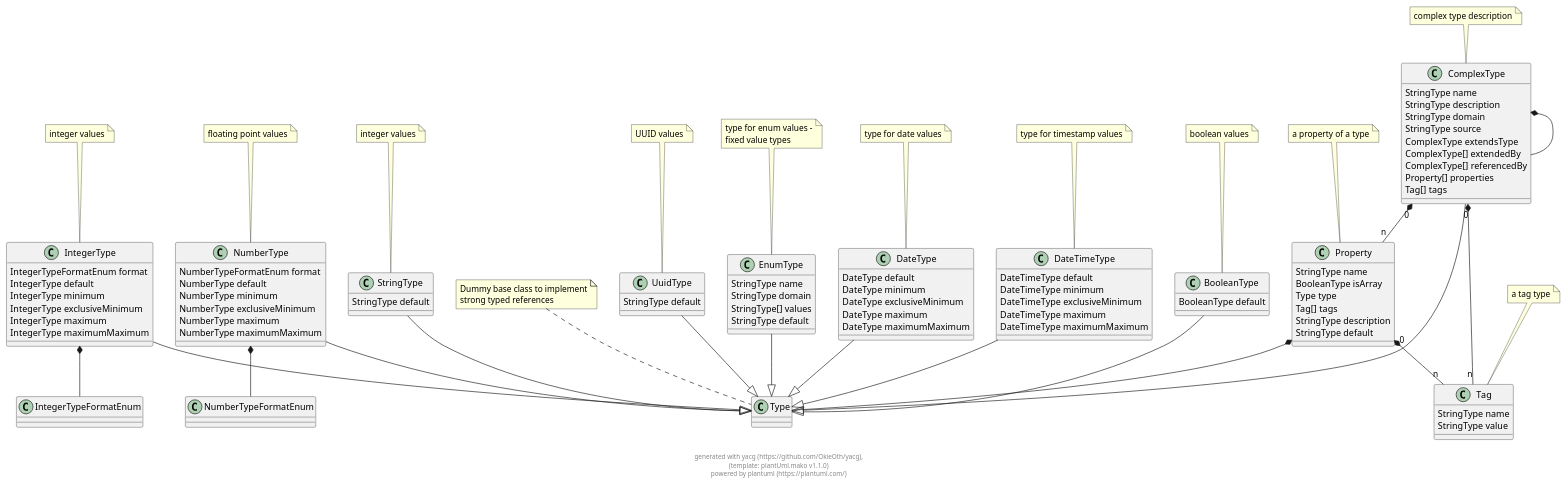
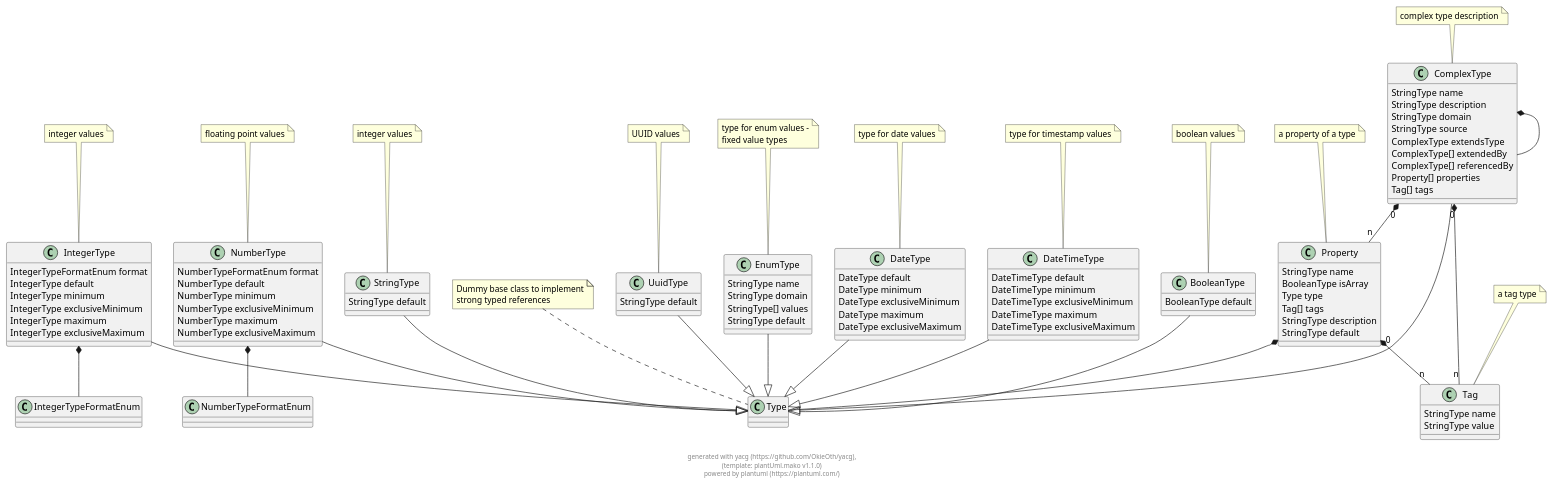
The diagram in docs/puml/yacg_model.puml (OkieOth/yacg), drawn with PlantUML before and after one commit. The commit also changed 3 other files, not shown here.

```diff
--- a/docs/puml/yacg_model.puml
+++ b/docs/puml/yacg_model.puml
@@ -2,157 +2,157 @@
 @startuml
 
 class Type {
 }
  
 note top: Dummy base class to implement\nstrong typed references
 
 class IntegerType {
     IntegerTypeFormatEnum format 
     IntegerType default 
     IntegerType minimum 
     IntegerType exclusiveMinimum 
     IntegerType maximum 
-    IntegerType maximumMaximum 
+    IntegerType exclusiveMaximum 
 }
  
 note top: integer values
 
 IntegerType --|> Type
 class IntegerTypeFormatEnum {
 }
  
 
 class NumberType {
     NumberTypeFormatEnum format 
     NumberType default 
     NumberType minimum 
     NumberType exclusiveMinimum 
     NumberType maximum 
-    NumberType maximumMaximum 
+    NumberType exclusiveMaximum 
 }
  
 note top: floating point values
 
 NumberType --|> Type
 class NumberTypeFormatEnum {
 }
  
 
 class BooleanType {
     BooleanType default 
 }
  
 note top: boolean values
 
 BooleanType --|> Type
 class StringType {
     StringType default 
 }
  
 note top: integer values
 
 StringType --|> Type
 class UuidType {
     StringType default 
 }
  
 note top: UUID values
 
 UuidType --|> Type
 class EnumType {
     StringType name 
     StringType domain 
     StringType[] values 
     StringType default 
 }
  
 note top: type for enum values -\nfixed value types
 
 EnumType --|> Type
 class DateType {
     DateType default 
     DateType minimum 
     DateType exclusiveMinimum 
     DateType maximum 
-    DateType maximumMaximum 
+    DateType exclusiveMaximum 
 }
  
 note top: type for date values
 
 DateType --|> Type
 class DateTimeType {
     DateTimeType default 
     DateTimeType minimum 
     DateTimeType exclusiveMinimum 
     DateTimeType maximum 
-    DateTimeType maximumMaximum 
+    DateTimeType exclusiveMaximum 
 }
  
 note top: type for timestamp values
 
 DateTimeType --|> Type
 class ComplexType {
     StringType name 
     StringType description 
     StringType domain 
     StringType source 
     ComplexType extendsType 
     ComplexType[] extendedBy 
     ComplexType[] referencedBy 
     Property[] properties 
     Tag[] tags 
 }
  
 note top: complex type description
 
 ComplexType --|> Type
 class Property {
     StringType name 
     BooleanType isArray 
     Type type 
     Tag[] tags 
     StringType description 
     StringType default 
 }
  
 note top: a property of a type
 
 class Tag {
     StringType name 
     StringType value 
 }
  
 note top: a tag type
 
 
     
     
 IntegerType  *--  IntegerTypeFormatEnum        
             
     
     
 NumberType  *--  NumberTypeFormatEnum        
             
     
     
     
     
     
     
     
     
 ComplexType  *--  ComplexType        
             
 ComplexType "0" *-- "n" Property        
             
 ComplexType "0" *-- "n" Tag        
             
     
 Property  *--  Type        
             
 Property "0" *-- "n" Tag        
             
     
 
 footer \ngenerated with yacg (https://github.com/OkieOth/yacg),\n(template: plantUml.mako v1.1.0)\npowered by plantuml (https://plantuml.com/)
 @enduml
```
